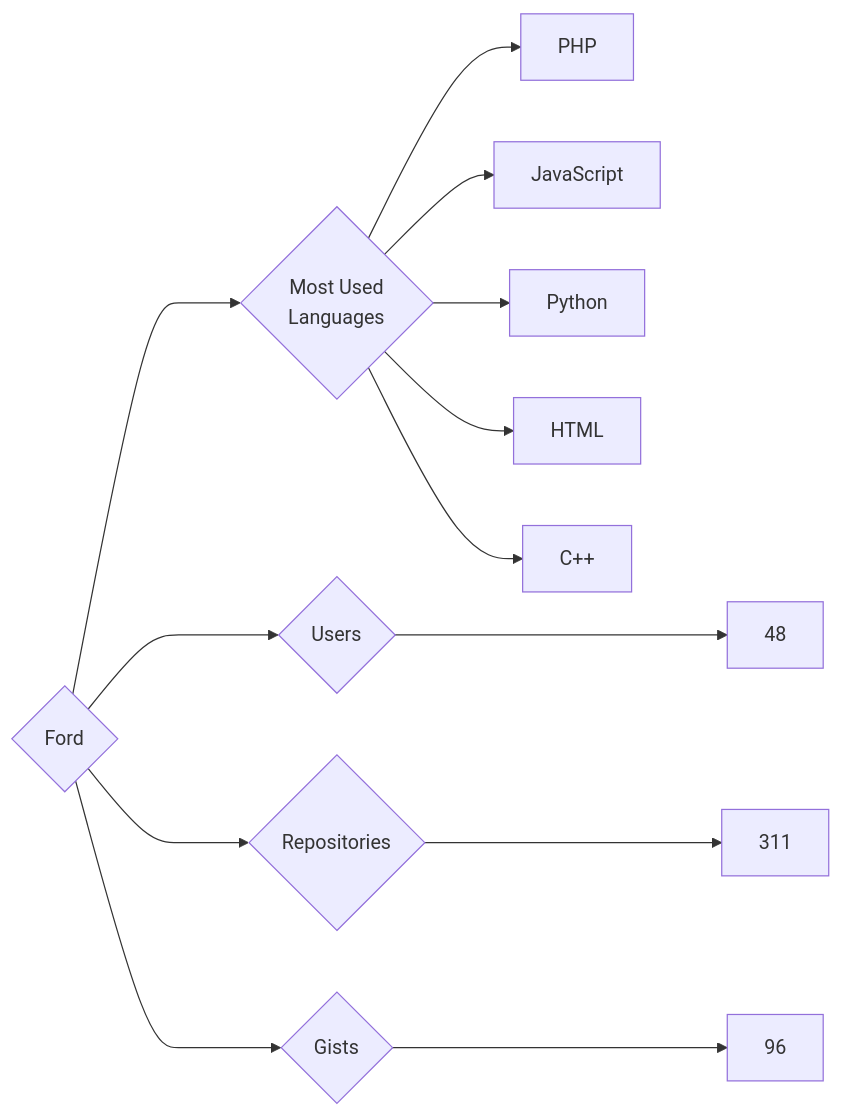
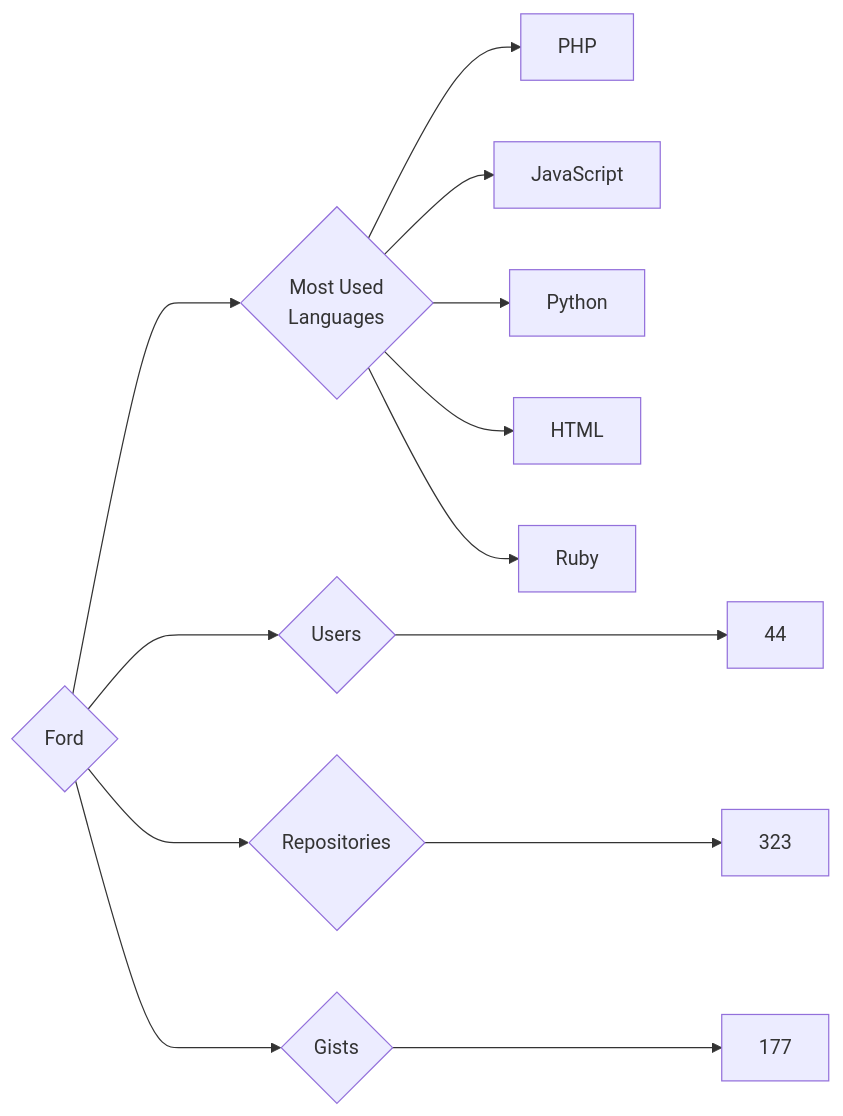
Before and after one commit to trickest/insiders: the diagram in targets/Ford/README.md, drawn with Mermaid. The commit also changed 569 other files, not shown here.

````diff
--- a/targets/Ford/README.md
+++ b/targets/Ford/README.md
@@ -3,13 +3,13 @@
 ```mermaid
 graph LR
 COMPANY_NAME{Ford}
-COMPANY_NAME ---> U{Users} ---> UN[48]
-COMPANY_NAME ---> R{Repositories} ---> RN[311]
-COMPANY_NAME ---> G{Gists} ---> GN[96]
+COMPANY_NAME ---> U{Users} ---> UN[44]
+COMPANY_NAME ---> R{Repositories} ---> RN[323]
+COMPANY_NAME ---> G{Gists} ---> GN[177]
 COMPANY_NAME ---> ML{Most Used<br>Languages}
 ML --> PHP[PHP]
 ML --> JavaScript[JavaScript]
 ML --> Python[Python]
 ML --> HTML[HTML]
-ML --> C++[C++]
+ML --> Ruby[Ruby]
 ```
````
